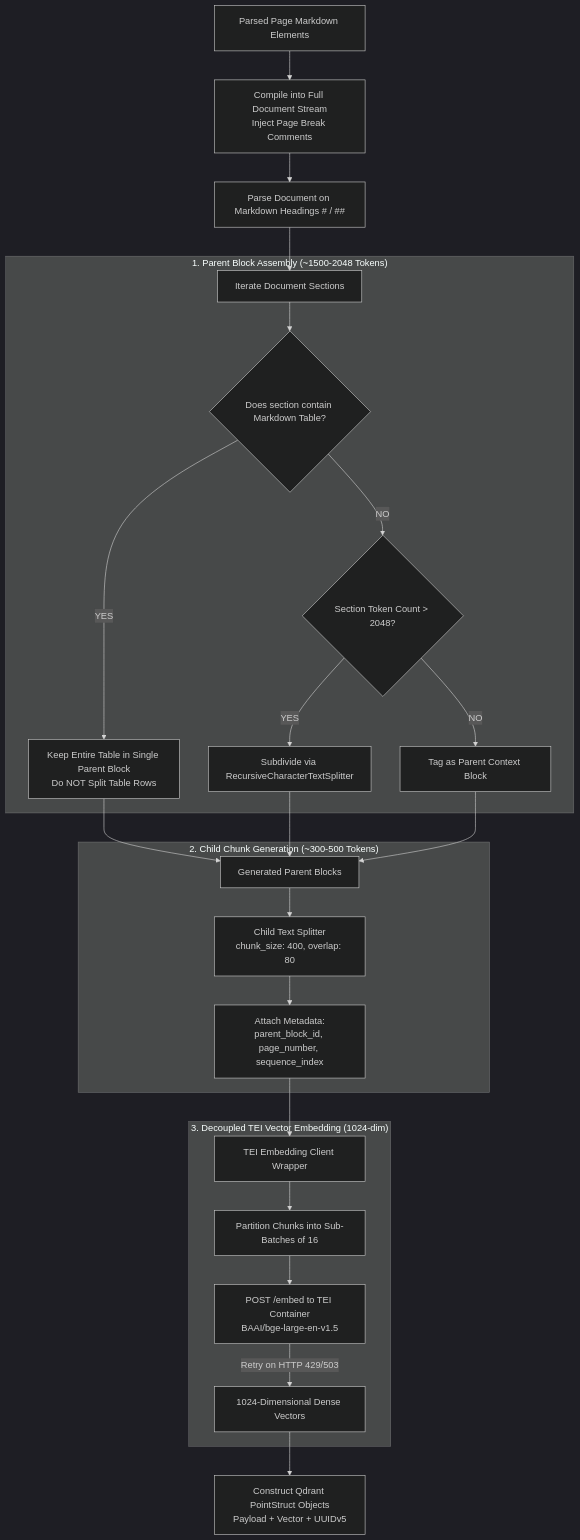
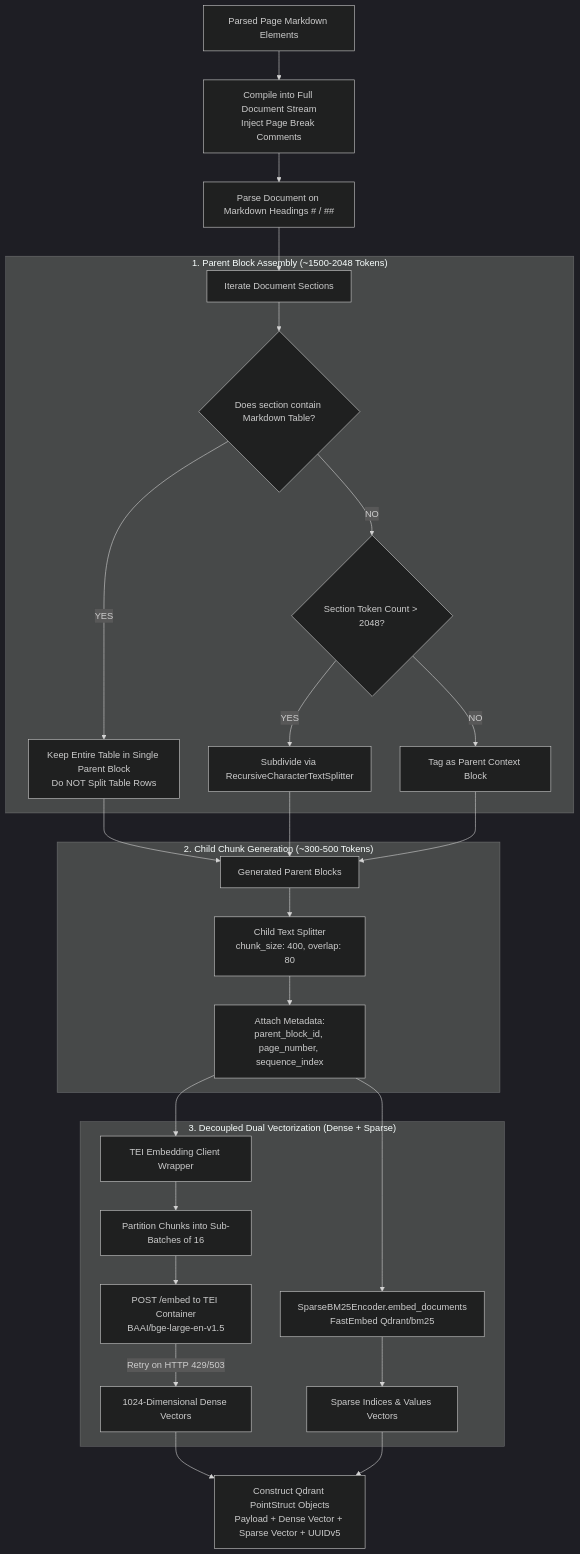
One commit to gpu-stack/Enterprise-AI-Fabric changed the first of 2 diagrams in src/processing/CHUNKING.md. Above: the diagram before and after it, drawn with Mermaid (dark theme). The commit also changed other lines of this file, not shown here.

````diff
--- a/src/processing/CHUNKING.md
+++ b/src/processing/CHUNKING.md
@@ -30,33 +33,35 @@
 ```mermaid
 flowchart TD
     Input[Parsed Page Markdown Elements] --> CompileDoc[Compile into Full Document Stream<br>Inject Page Break Comments]
     
     CompileDoc --> HeadingSplitter[Parse Document on Markdown Headings # / ##]
     
     HeadingSplitter --> SectionLoop[Iterate Document Sections]
     
     subgraph Parent_Block_Generation ["1. Parent Block Assembly (~1500-2048 Tokens)"]
         SectionLoop --> TableCheck{"Does section contain Markdown Table?"}
         TableCheck -- YES --> KeepTableIntact[Keep Entire Table in Single Parent Block<br>Do NOT Split Table Rows]
         TableCheck -- NO --> SizeCheck{"Section Token Count > 2048?"}
         SizeCheck -- YES --> RecurseSplit[Subdivide via RecursiveCharacterTextSplitter]
         SizeCheck -- NO --> DirectParent[Tag as Parent Context Block]
     end
     
     KeepTableIntact & RecurseSplit & DirectParent --> ParentList[Generated Parent Blocks]
     
     subgraph Child_Chunk_Generation ["2. Child Chunk Generation (~300-500 Tokens)"]
         ParentList --> ChildSplitter[Child Text Splitter<br>chunk_size: 400, overlap: 80]
         ChildSplitter --> TagChild[Attach Metadata:<br>parent_block_id, page_number, sequence_index]
     end
     
     TagChild --> BatchEmbedder[TEI Embedding Client Wrapper]
     
-    subgraph Vectorization ["3. Decoupled TEI Vector Embedding (1024-dim)"]
+    subgraph Vectorization ["3. Decoupled Dual Vectorization (Dense + Sparse)"]
         BatchEmbedder --> PartitionBatch[Partition Chunks into Sub-Batches of 16]
         PartitionBatch --> TEI_API[POST /embed to TEI Container<br>BAAI/bge-large-en-v1.5]
         TEI_API -- Retry on HTTP 429/503 --> VectorList[1024-Dimensional Dense Vectors]
+        TagChild --> SparseEncoder[SparseBM25Encoder.embed_documents<br>FastEmbed Qdrant/bm25]
+        SparseEncoder --> SparseList[Sparse Indices & Values Vectors]
     end
     
-    VectorList --> QdrantPoints[Construct Qdrant PointStruct Objects<br>Payload + Vector + UUIDv5]
+    VectorList & SparseList --> QdrantPoints[Construct Qdrant PointStruct Objects<br>Payload + Dense Vector + Sparse Vector + UUIDv5]
 ```
````
